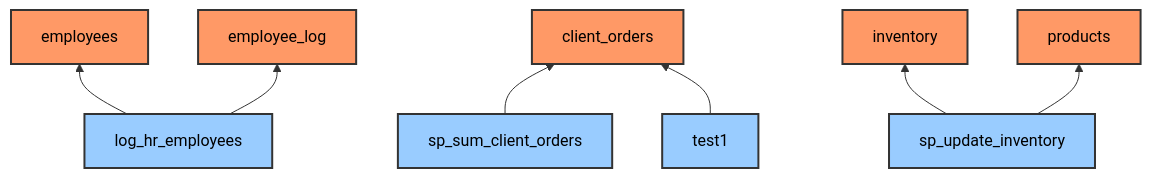
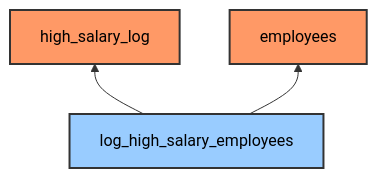
Before and after one commit to 25Jayesh10/Data_Lineage_Analyzer: the diagram in diagrams/lineage.md, drawn with Mermaid. The commit also changed 12 other files, not shown here.

Commit message:
INSERT INTO handled in the new schema

````diff
--- a/diagrams/lineage.md
+++ b/diagrams/lineage.md
@@ -1,14 +1,10 @@
 ```mermaid
 graph BT
     %% Node styles
     classDef table fill:#f96,stroke:#333,stroke-width:2px,color:#000;
     classDef stored_proc fill:#9cf,stroke:#333,stroke-width:2px ,color:#000;
-    log_hr_employees --> employees
-    log_hr_employees --> employee_log
-    sp_sum_client_orders --> client_orders
-    test1 --> client_orders
-    sp_update_inventory --> inventory
-    sp_update_inventory --> products
-    class products,employees,inventory,employee_log,client_orders table;
-    class log_hr_employees,test1,sp_update_inventory,sp_sum_client_orders stored_proc;
+    log_high_salary_employees --> high_salary_log
+    log_high_salary_employees --> employees
+    class high_salary_log,employees table;
+    class log_high_salary_employees stored_proc;
 ```
````
